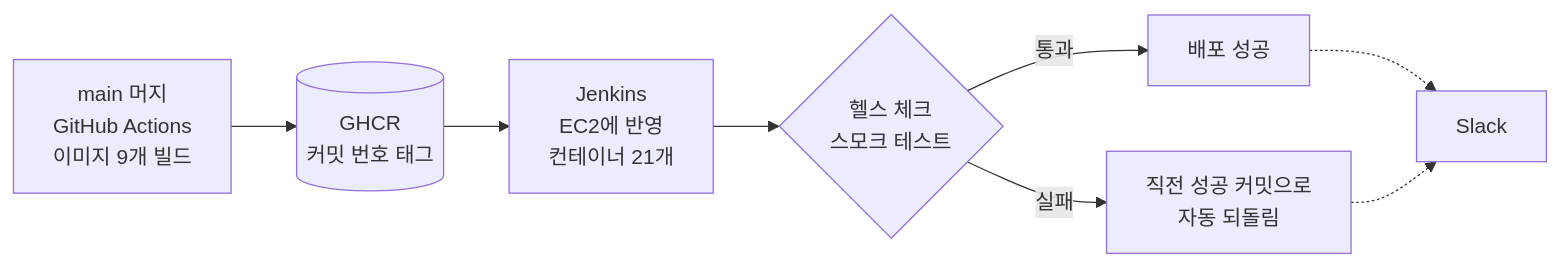
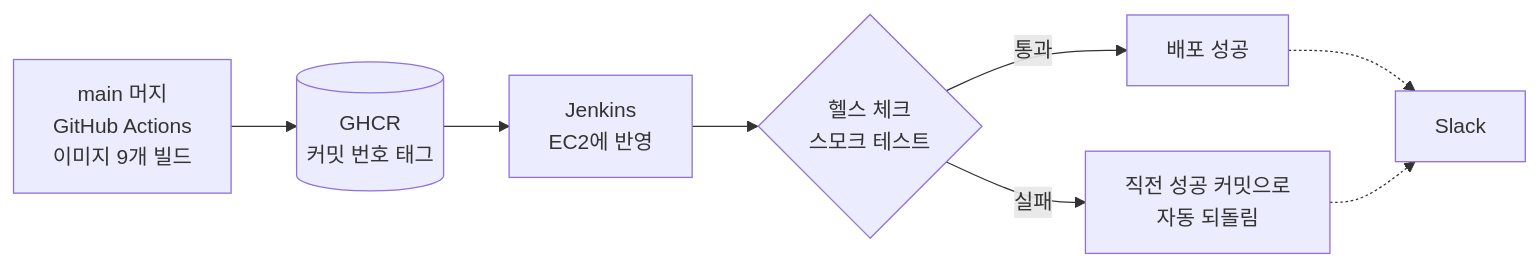
Before and after one commit to GGangMY/high-quality-ticketing-system: the ninth of 10 diagrams in README.md, drawn with Mermaid. The commit also changed other lines of this file and 2 other files, not shown here.

````diff
--- a/README.md
+++ b/README.md
@@ -309,10 +295,10 @@
 ```mermaid
 flowchart LR
   GA["main 머지<br/>GitHub Actions<br/>이미지 9개 빌드"] --> GH[("GHCR<br/>커밋 번호 태그")]
-  GH --> J["Jenkins<br/>EC2에 반영<br/>컨테이너 21개"]
+  GH --> J["Jenkins<br/>EC2에 반영"]
   J --> CK{"헬스 체크<br/>스모크 테스트"}
   CK -->|통과| OK["배포 성공"]
   CK -->|실패| RB["직전 성공 커밋으로<br/>자동 되돌림"]
   OK -.-> SL["Slack"]
   RB -.-> SL
 ```
````
